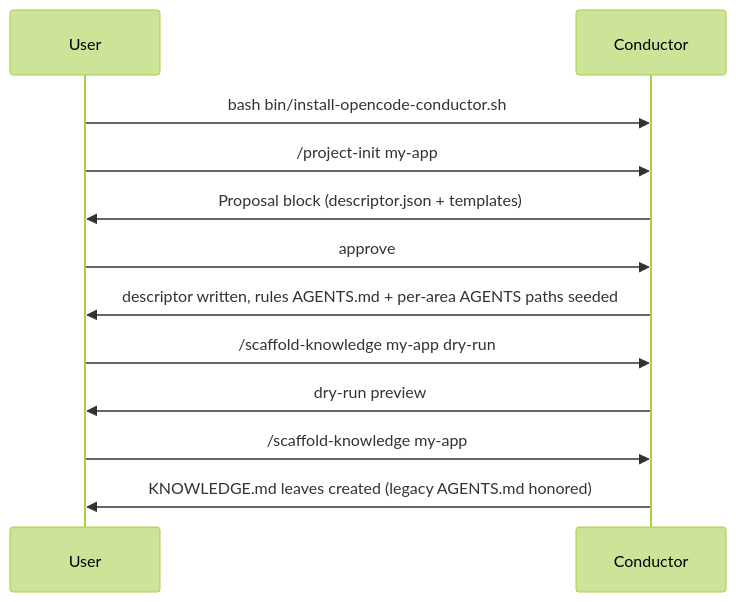
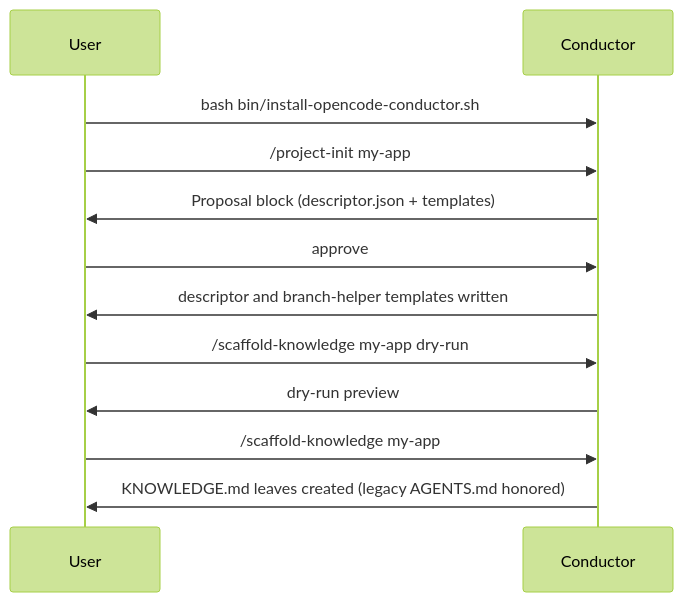
Before and after one commit to palaeologic/opencode-conductor: the first of 4 diagrams in docusaurus/workflows/scenarios.md, drawn with Mermaid (forest theme). The commit also changed other lines of this file and 373 other files, not shown here.

````diff
--- a/docusaurus/workflows/scenarios.md
+++ b/docusaurus/workflows/scenarios.md
@@ -12,14 +12,14 @@
 ```mermaid
 sequenceDiagram
   participant User
   participant Cmd as Conductor
   User->>Cmd: bash bin/install-opencode-conductor.sh
   User->>Cmd: /project-init my-app
   Cmd->>User: Proposal block (descriptor.json + templates)
   User->>Cmd: approve
-  Cmd->>User: descriptor written, rules AGENTS.md + per-area AGENTS paths seeded
+  Cmd->>User: descriptor and branch-helper templates written
   User->>Cmd: /scaffold-knowledge my-app dry-run
   Cmd->>User: dry-run preview
   User->>Cmd: /scaffold-knowledge my-app
   Cmd->>User: KNOWLEDGE.md leaves created (legacy AGENTS.md honored)
 ```
````
